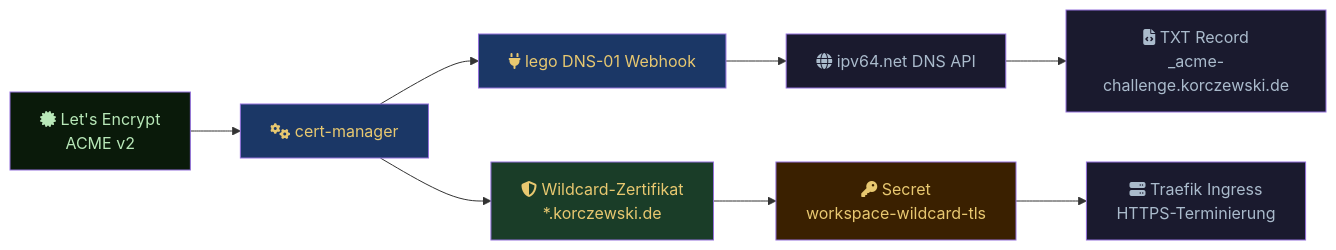
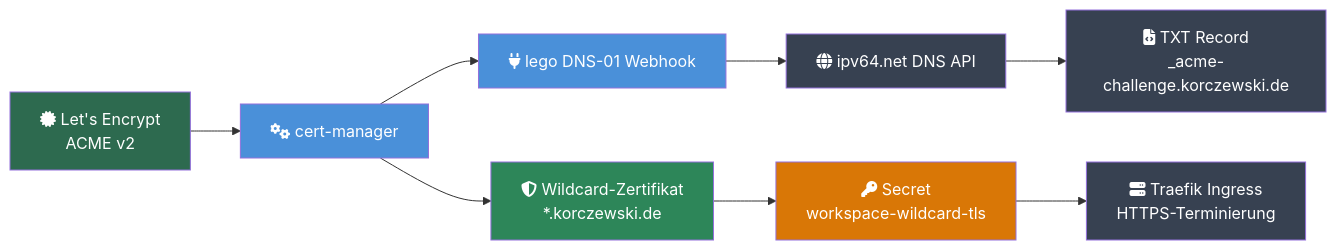
The third of 3 diagrams in k3d/docs-content/security.md (Paddione/Bachelorprojekt), drawn with Mermaid before and after one commit. The commit also changed other lines of this file and 10 other files, not shown here.

````diff
--- a/k3d/docs-content/security.md
+++ b/k3d/docs-content/security.md
@@ -172,19 +173,19 @@
 ```mermaid
 flowchart LR
     LE["fa:fa-certificate Let's Encrypt<br/>ACME v2"] --> CM["fa:fa-cogs cert-manager"]
     CM --> LEGO["fa:fa-plug lego DNS-01 Webhook"]
     LEGO --> IPV64["fa:fa-globe ipv64.net DNS API"]
     IPV64 --> TXT["fa:fa-file-code TXT Record<br/>_acme-challenge.korczewski.de"]
     CM --> CERT["fa:fa-shield-halved Wildcard-Zertifikat<br/>*.korczewski.de"]
     CERT --> SECRET["fa:fa-key Secret<br/>workspace-wildcard-tls"]
     SECRET --> TRAEFIK["fa:fa-server Traefik Ingress<br/>HTTPS-Terminierung"]
 
-    style LE fill:#0a1a0a,color:#b8e8b8
-    style CM fill:#1b3766,color:#e8c870
-    style LEGO fill:#1b3766,color:#e8c870
-    style IPV64 fill:#1a1a2e,color:#aabbcc
-    style TXT fill:#1a1a2e,color:#aabbcc
-    style CERT fill:#1a3d28,color:#e8c870
-    style SECRET fill:#3a2000,color:#e8c870
-    style TRAEFIK fill:#1a1a2e,color:#aabbcc
+    style LE fill:#2d6a4f,color:#fff
+    style CM fill:#4a90d9,color:#fff
+    style LEGO fill:#4a90d9,color:#fff
+    style IPV64 fill:#374151,color:#fff
+    style TXT fill:#374151,color:#fff
+    style CERT fill:#2d8659,color:#fff
+    style SECRET fill:#d97706,color:#fff
+    style TRAEFIK fill:#374151,color:#fff
 ```
````
